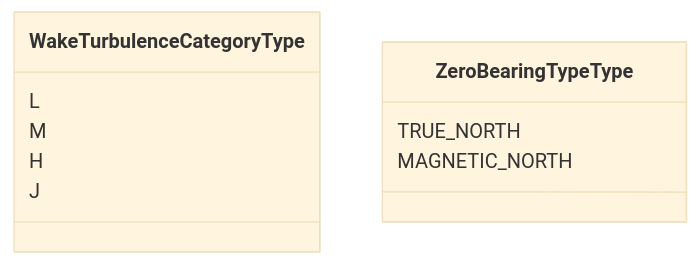
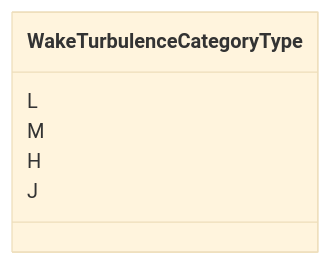
Before and after one commit to du-lapin/test_docsify: the fourth of 4 diagrams in docs/fixm/FIXM_UML_in_mermaid.md, drawn with Mermaid (base theme). The commit also changed other lines of this file, not shown here.

````diff
--- a/docs/fixm/FIXM_UML_in_mermaid.md
+++ b/docs/fixm/FIXM_UML_in_mermaid.md
@@ -43,13 +43,9 @@
 ```mermaid
 classDiagram
 class WakeTurbulenceCategoryType{	
 L	
 M	
 H	
 J	
-}	
-class ZeroBearingTypeType{	
-TRUE_NORTH	
-MAGNETIC_NORTH	
-}	
+}		
 ```
````
